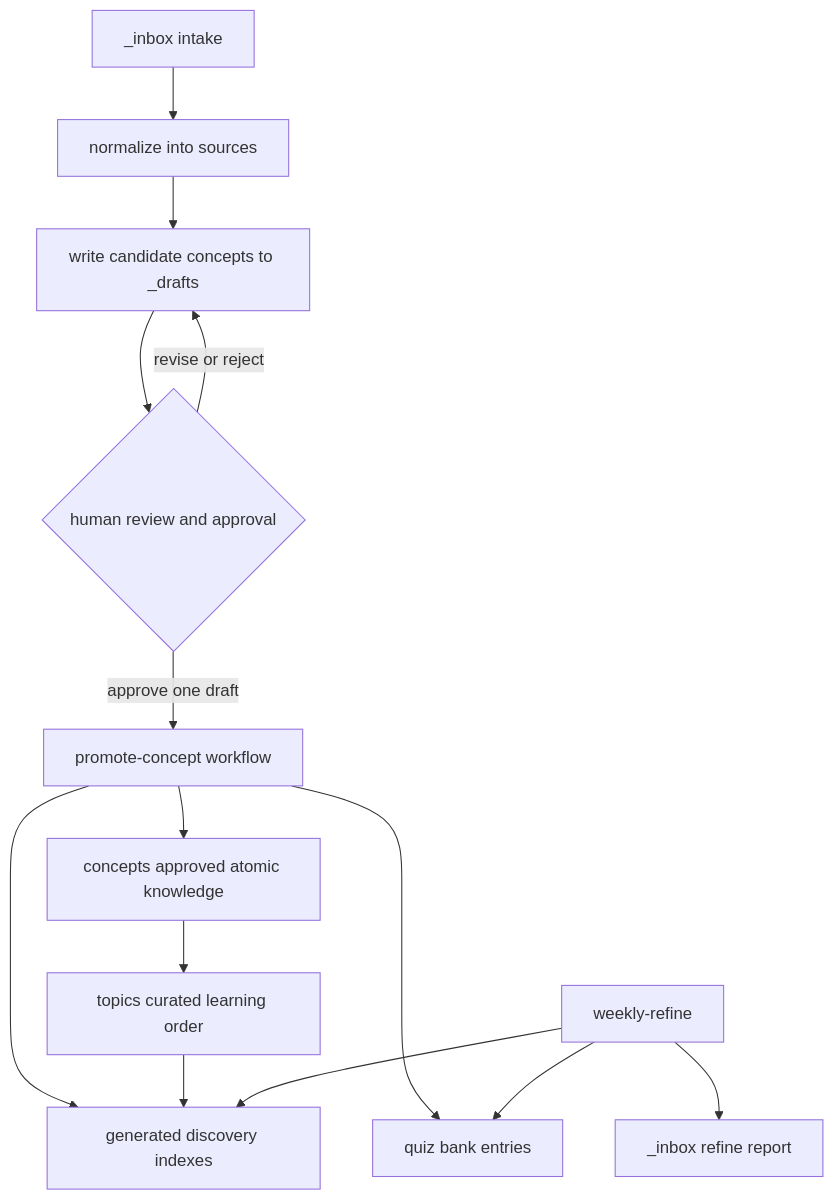
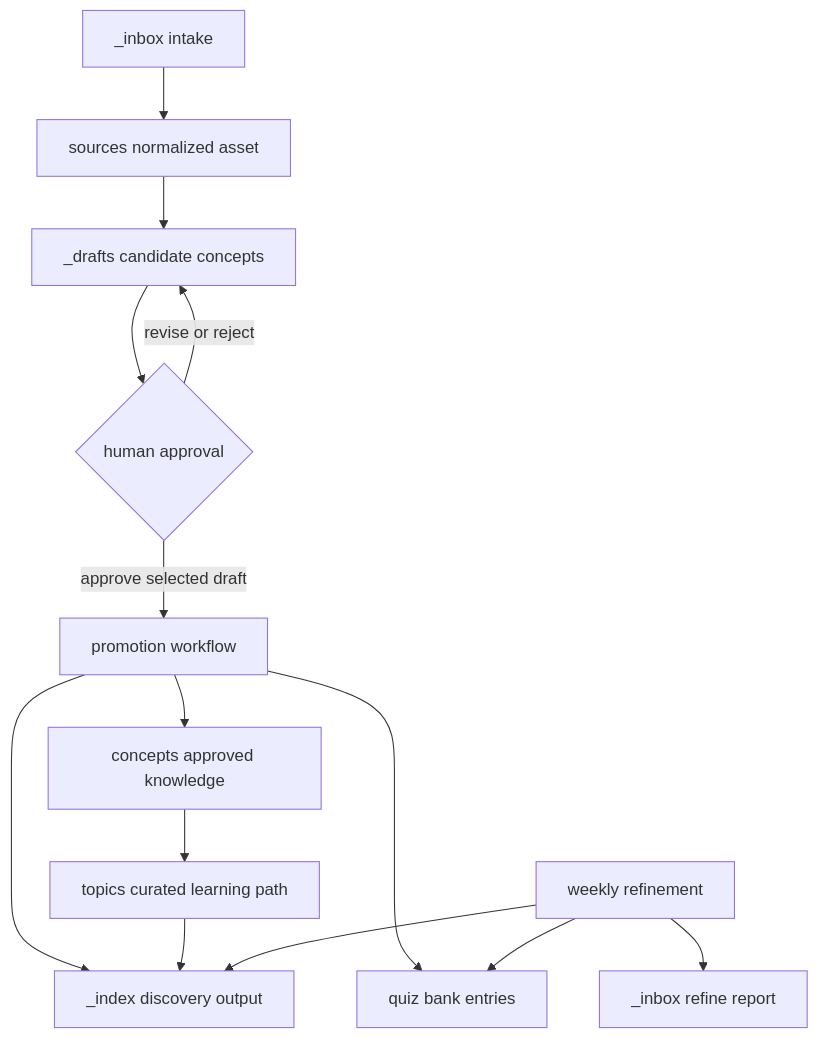
The diagram in openwiki/architecture/knowledge-governance.md (btceth9386-bot/study-vault), drawn with Mermaid before and after one commit. The commit also changed other lines of this file and 10 other files, not shown here.

````diff
--- a/openwiki/architecture/knowledge-governance.md
+++ b/openwiki/architecture/knowledge-governance.md
@@ -55,16 +58,16 @@
 ```mermaid
 flowchart TD
-    Intake["_inbox intake"] --> Normalize["normalize into sources"]
-    Normalize --> Draft["write candidate concepts to _drafts"]
-    Draft --> Review{"human review and approval"}
-    Review -->|revise or reject| Draft
-    Review -->|approve one draft| Promote["promote-concept workflow"]
-    Promote --> Concepts["concepts approved atomic knowledge"]
+    Intake["_inbox intake"] --> Normalize["sources normalized asset"]
+    Normalize --> Draft["_drafts candidate concepts"]
+    Draft --> Review{"human approval"}
+    Review -->|"revise or reject"| Draft
+    Review -->|"approve selected draft"| Promote["promotion workflow"]
+    Promote --> Concepts["concepts approved knowledge"]
     Promote --> Quiz["quiz bank entries"]
-    Promote --> Index["generated discovery indexes"]
-    Concepts --> Topics["topics curated learning order"]
+    Promote --> Index["_index discovery output"]
+    Concepts --> Topics["topics curated learning path"]
     Topics --> Index
-    Refine["weekly-refine"] --> Report["_inbox refine report"]
+    Refine["weekly refinement"] --> Report["_inbox refine report"]
     Refine --> Quiz
     Refine --> Index
 ```
````
